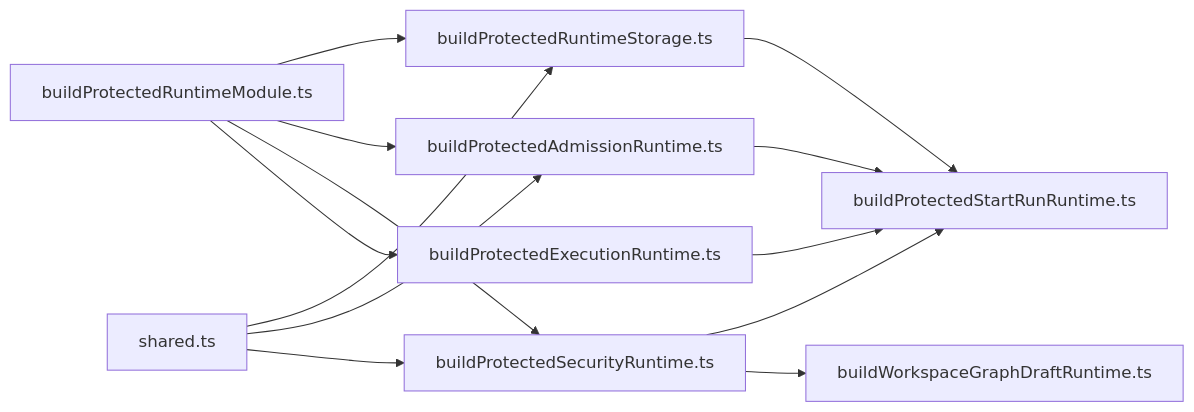
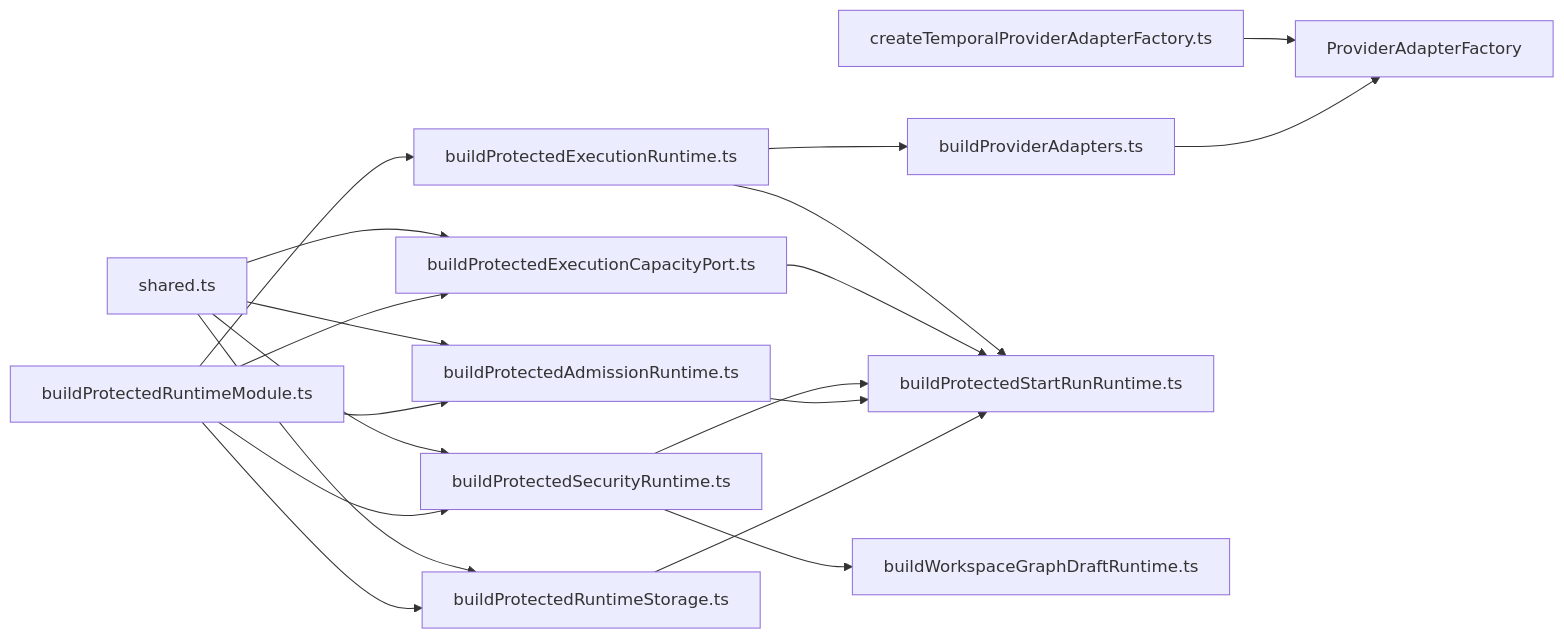
One commit to dunay2/dvt changed the first of 2 diagrams in apps/api/docs/protected-runtime-dependency-builders-component.md. Above: the diagram before and after it, drawn with Mermaid. The commit also changed other lines of this file and 94 other files, not shown here.

````diff
--- a/apps/api/docs/protected-runtime-dependency-builders-component.md
+++ b/apps/api/docs/protected-runtime-dependency-builders-component.md
@@ -88,15 +112,21 @@
 ```mermaid
 flowchart LR
   Root["buildProtectedRuntimeModule.ts"] --> Storage["buildProtectedRuntimeStorage.ts"]
   Root --> Admission["buildProtectedAdmissionRuntime.ts"]
   Root --> Security["buildProtectedSecurityRuntime.ts"]
+  Root --> Capacity["buildProtectedExecutionCapacityPort.ts"]
   Root --> Execution["buildProtectedExecutionRuntime.ts"]
+  Execution --> ProviderMap["buildProviderAdapters.ts"]
+  ProviderMap --> Factories["ProviderAdapterFactory"]
+  TemporalFactory["createTemporalProviderAdapterFactory.ts"] --> Factories
   Shared["shared.ts"] --> Storage
   Shared --> Admission
   Shared --> Security
+  Shared --> Capacity
   Storage --> StartRun["buildProtectedStartRunRuntime.ts"]
   Admission --> StartRun
   Security --> StartRun
+  Capacity --> StartRun
   Execution --> StartRun
   Security --> GraphDraft["buildWorkspaceGraphDraftRuntime.ts"]
 ```
````
